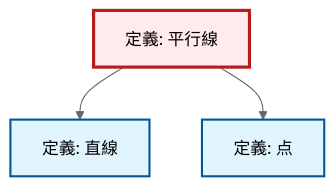
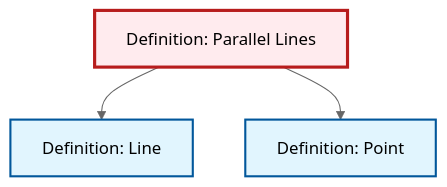
Before and after one commit to RK0429/ModernMath: the diagram in content/ja/geometry/def-parallel.qmd, drawn with Mermaid (neutral theme). The commit also changed 203 other files, not shown here.

````diff
--- a/content/ja/geometry/def-parallel.qmd
+++ b/content/ja/geometry/def-parallel.qmd
@@ -88,18 +88,15 @@
 ```{mermaid}
-%%| fig-cap: "局所依存関係グラフ"
+%%| fig-cap: "Local dependency graph"
 graph TD
     classDef definition fill:#e1f5fe,stroke:#01579b,stroke-width:2px
     classDef theorem fill:#f3e5f5,stroke:#4a148c,stroke-width:2px
     classDef axiom fill:#fff3e0,stroke:#e65100,stroke-width:2px
     classDef example fill:#e8f5e9,stroke:#1b5e20,stroke-width:2px
     classDef current fill:#ffebee,stroke:#b71c1c,stroke-width:3px
-    def-line["定義: 直線"]:::definition
-    def-point["定義: 点"]:::definition
-    def-parallel["定義: 平行線"]:::definition
+    def-line["Definition: Line"]:::definition
+    def-point["Definition: Point"]:::definition
+    def-parallel["Definition: Parallel Lines"]:::definition
     def-parallel --> def-line
     def-parallel --> def-point
     class def-parallel current
-
-    click def-line "def-line.html" "Go to 定義: 直線"
-    click def-point "def-point.html" "Go to 定義: 点"
 ```
````
